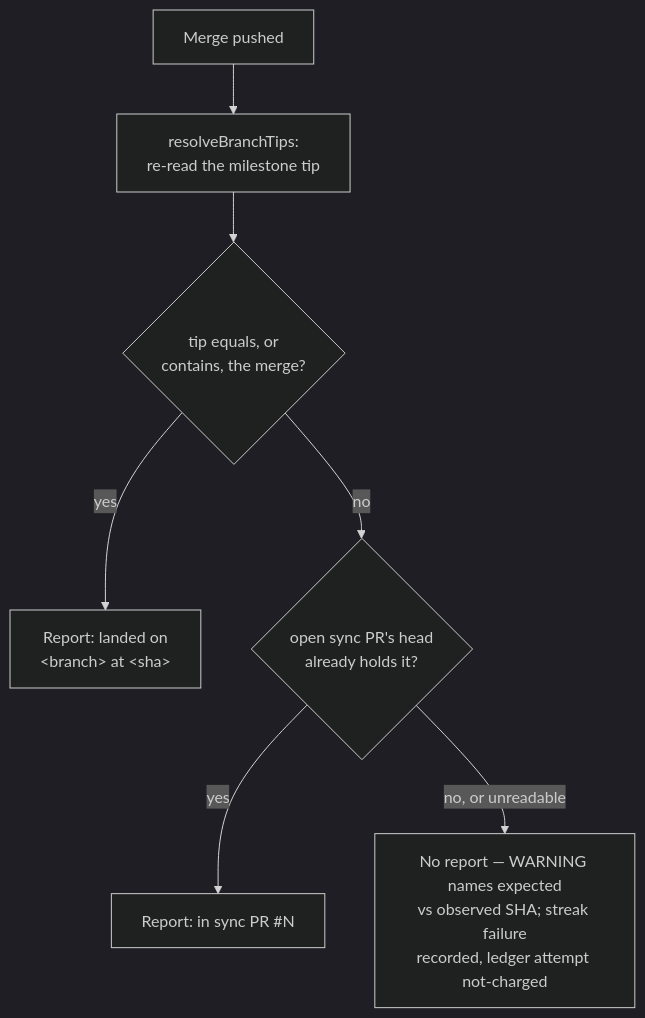
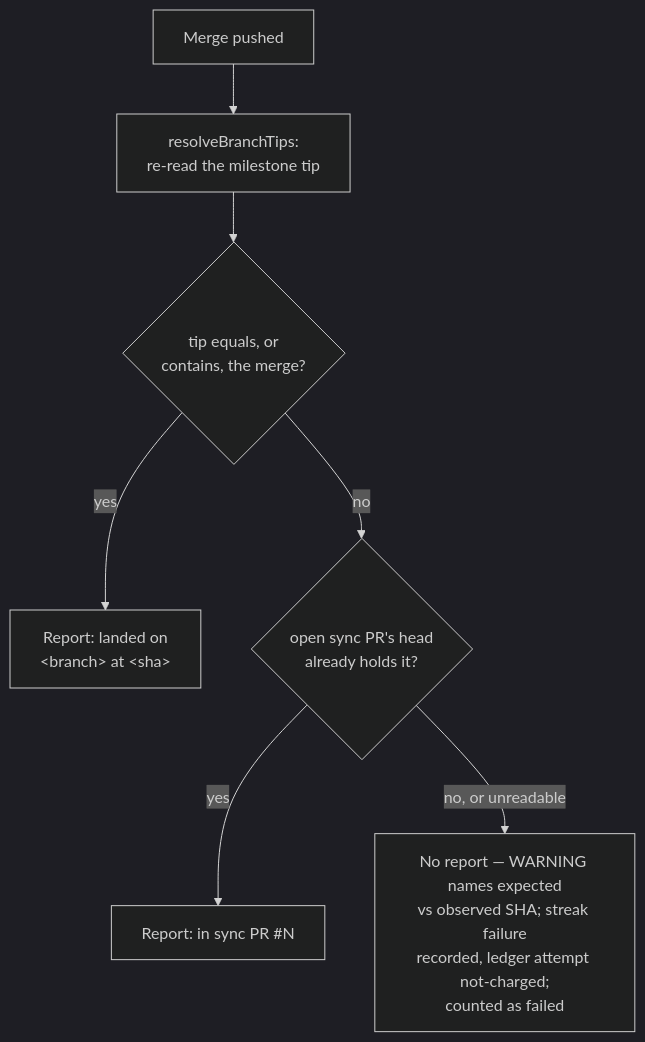
Before and after one commit to stSoftwareAU/VibeCoder: the seventh of 8 diagrams in docs/workflows/milestones.md, drawn with Mermaid (dark theme). The commit also changed other lines of this file and 5 other files, not shown here.

````diff
--- a/docs/workflows/milestones.md
+++ b/docs/workflows/milestones.md
@@ -471,9 +474,9 @@
 ```mermaid
 flowchart TD
     A["Merge pushed"] --> B["resolveBranchTips:<br/>re-read the milestone tip"]
     B --> C{"tip equals, or<br/>contains, the merge?"}
     C -- yes --> D["Report: landed on<br/>&lt;branch&gt; at &lt;sha&gt;"]
     C -- no --> E{"open sync PR's head<br/>already holds it?"}
     E -- yes --> F["Report: in sync PR #N"]
-    E -- "no, or unreadable" --> G["No report — WARNING names expected<br/>vs observed SHA; streak failure<br/>recorded, ledger attempt not-charged"]
+    E -- "no, or unreadable" --> G["No report — WARNING names expected<br/>vs observed SHA; streak failure<br/>recorded, ledger attempt not-charged;<br/>counted as failed"]
 ```
````
